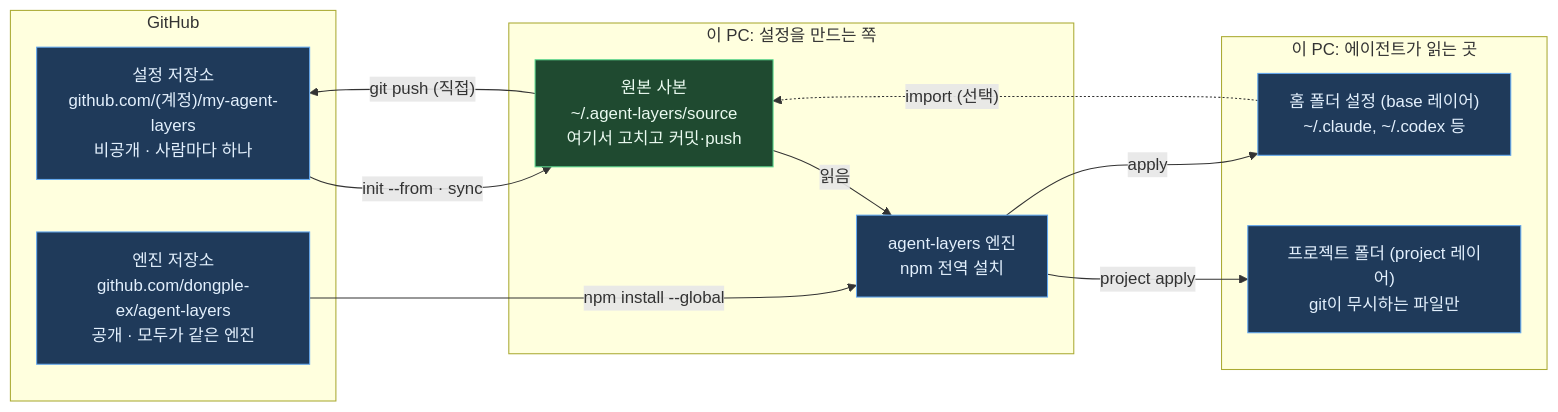
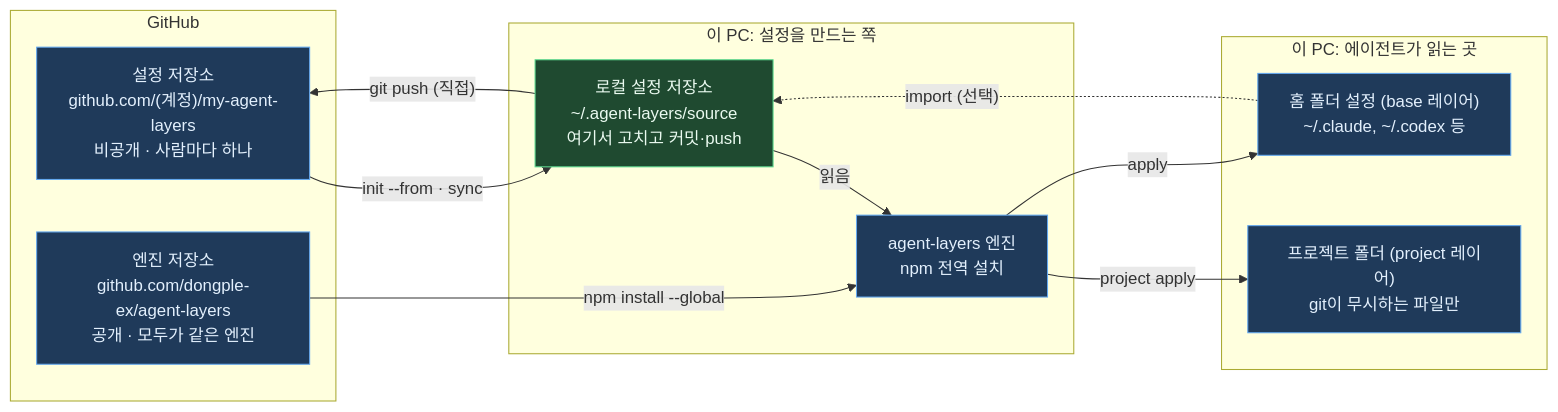
Before and after one commit to dongple-ex/agent-layers: the diagram in docs/GUIDE.ko.md, drawn with Mermaid. The commit also changed other lines of this file, not shown here.

````diff
--- a/docs/GUIDE.ko.md
+++ b/docs/GUIDE.ko.md
@@ -66,28 +66,28 @@
 ```mermaid
 flowchart LR
   subgraph GH["GitHub"]
     SR["설정 저장소<br/>github.com/(계정)/my-agent-layers<br/>비공개 · 사람마다 하나"]
     ER["엔진 저장소<br/>github.com/dongple-ex/agent-layers<br/>공개 · 모두가 같은 엔진"]
   end
   subgraph PC["이 PC: 설정을 만드는 쪽"]
-    SRC["원본 사본<br/>~/.agent-layers/source<br/>여기서 고치고 커밋·push"]
+    SRC["로컬 설정 저장소<br/>~/.agent-layers/source<br/>여기서 고치고 커밋·push"]
     ENG["agent-layers 엔진<br/>npm 전역 설치"]
   end
   subgraph AG["이 PC: 에이전트가 읽는 곳"]
     HOME["홈 폴더 설정 (base 레이어)<br/>~/.claude, ~/.codex 등"]
     PROJ["프로젝트 폴더 (project 레이어)<br/>git이 무시하는 파일만"]
   end
   SR -- "init --from · sync" --> SRC
   SRC -- "git push (직접)" --> SR
   ER -- "npm install --global" --> ENG
   SRC -- "읽음" --> ENG
   ENG -- "apply" --> HOME
   ENG -- "project apply" --> PROJ
   HOME -. "import (선택)" .-> SRC
   style SRC fill:#1f4a30,stroke:#5ddb8f,color:#eafaf0
   style SR fill:#1f3a5a,stroke:#63a8f0,color:#e3f0fd
   style ER fill:#1f3a5a,stroke:#63a8f0,color:#e3f0fd
   style ENG fill:#1f3a5a,stroke:#63a8f0,color:#e3f0fd
   style HOME fill:#1f3a5a,stroke:#63a8f0,color:#e3f0fd
   style PROJ fill:#1f3a5a,stroke:#63a8f0,color:#e3f0fd
 ```
````
